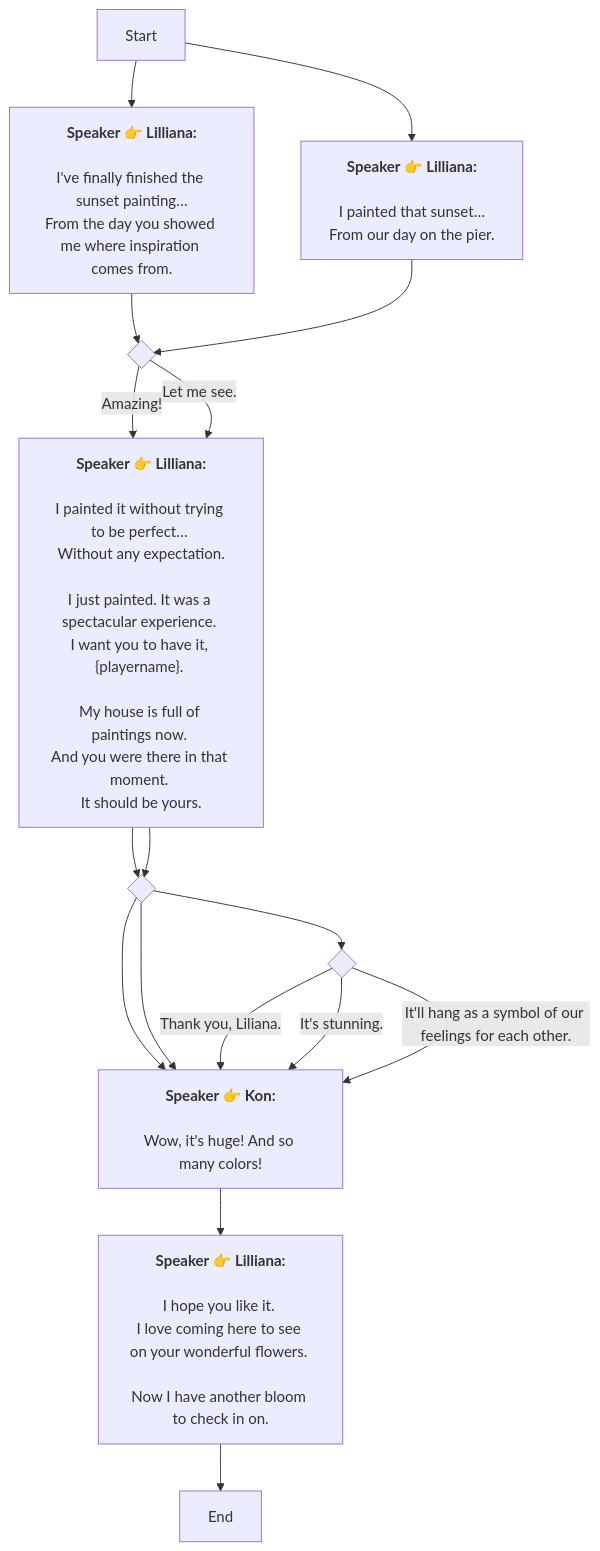
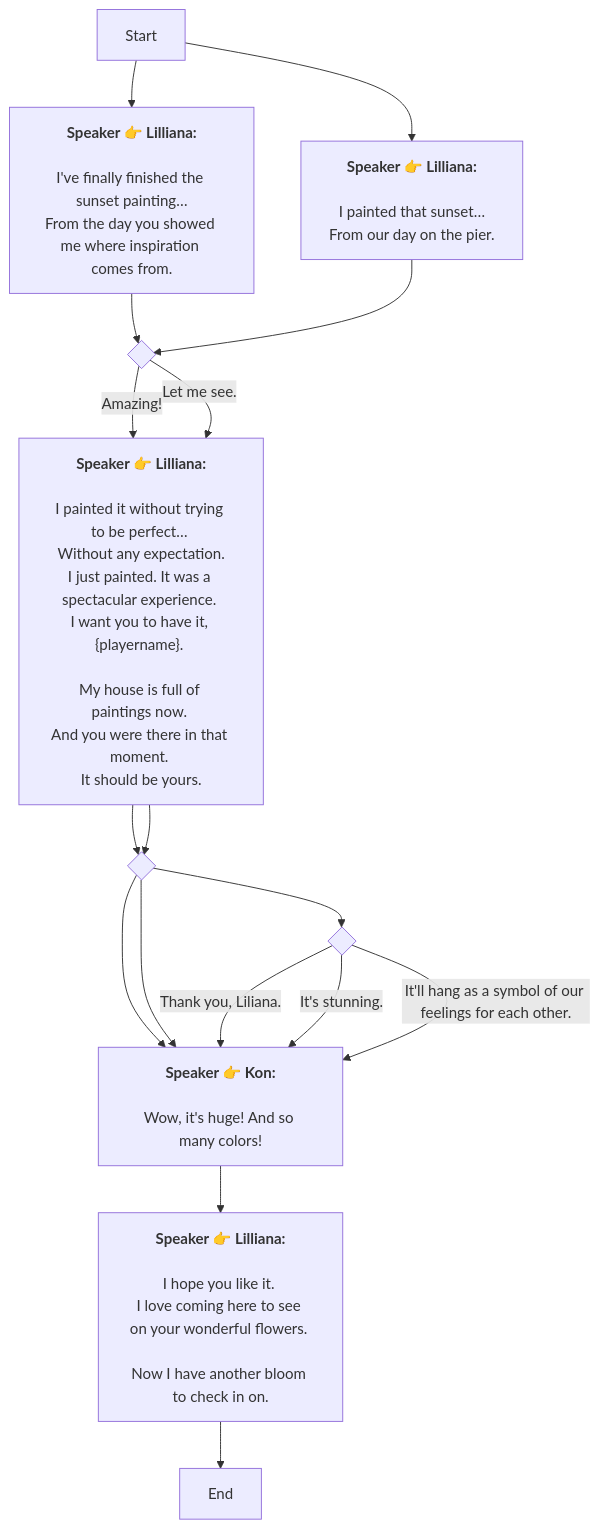
One commit to SoftHu/tos_avg changed the diagram in En/Dialog_55283482638693.md. Above: the diagram before and after it, drawn with Mermaid. The commit also changed 312 other files, not shown here.

````diff
--- a/En/Dialog_55283482638693.md
+++ b/En/Dialog_55283482638693.md
@@ -1,68 +1,61 @@
 ```mermaid
 graph
 Start -->1769071760548902[<b>Speaker 👉 Lilliana:</b>
 
 I've finally finished the sunset painting…
 From the day you showed me where inspiration comes from.]
 Start -->1769071861997608[<b>Speaker 👉 Lilliana:</b>
 
 I painted that sunset…
 From our day on the pier.]
 1769071760548902 -->1769071920203817{ }
 1769071920203817 -->|Amazing! |1769071941941294[<b>Speaker 👉 Lilliana:</b>
 
 I painted it without trying to be perfect… 
 Without any expectation.
-
 I just painted. It was a spectacular experience. 
 I want you to have it, &lbrace;playername&rbrace;. 
 
 My house is full of paintings now. 
 And you were there in that moment. 
 It should be yours. 
 ]
 1769071920203817 -->|Let me see.  |1769071941941294[<b>Speaker 👉 Lilliana:</b>
 
 I painted it without trying to be perfect… 
 Without any expectation.
-
 I just painted. It was a spectacular experience. 
 I want you to have it, &lbrace;playername&rbrace;. 
 
 My house is full of paintings now. 
 And you were there in that moment. 
 It should be yours. 
 ]
 1769071941941294 -->1769072035351605{ }
 1769071941941294 -->1769072035351605{ }
 1769072035351605 -->1769072045749306{ }
 1769072035351605 -->1769072068644925[<b>Speaker 👉 Kon:</b>
 
-Wow, it's huge! And so many colors!
-]
+Wow, it's huge! And so many colors!]
 1769072035351605 -->1769072068644925[<b>Speaker 👉 Kon:</b>
 
-Wow, it's huge! And so many colors!
-]
+Wow, it's huge! And so many colors!]
 1769072068644925 -->1769072096710718[<b>Speaker 👉 Lilliana:</b>
 
 I hope you like it. 
 I love coming here to see on your wonderful flowers. 
 
 Now I have another bloom to check in on.]
 1769072096710718 -->1769072246800447[End]
 1769072045749306 -->|Thank you, Liliana.|1769072068644925[<b>Speaker 👉 Kon:</b>
 
-Wow, it's huge! And so many colors!
-]
+Wow, it's huge! And so many colors!]
 1769072045749306 -->|It's stunning.|1769072068644925[<b>Speaker 👉 Kon:</b>
 
-Wow, it's huge! And so many colors!
-]
+Wow, it's huge! And so many colors!]
 1769072045749306 -->|It'll hang as a symbol of our feelings for each other.|1769072068644925[<b>Speaker 👉 Kon:</b>
 
-Wow, it's huge! And so many colors!
-]
+Wow, it's huge! And so many colors!]
 1769071861997608 -->1769071920203817{ }
 
  ```
````
